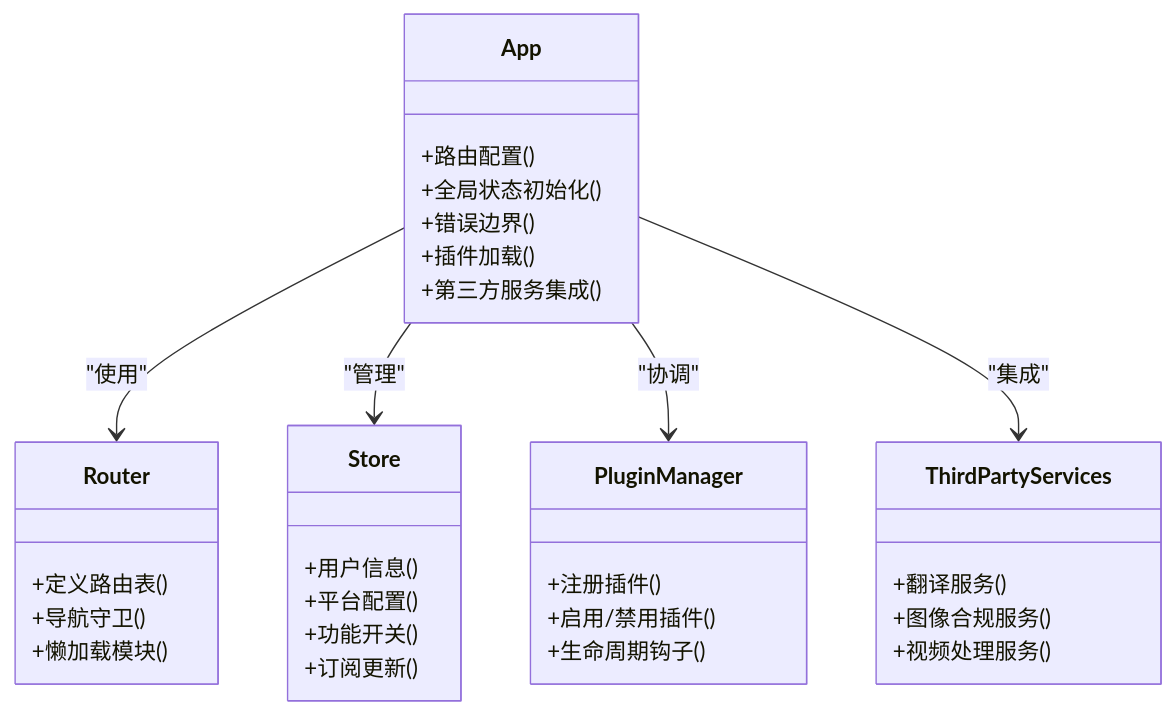
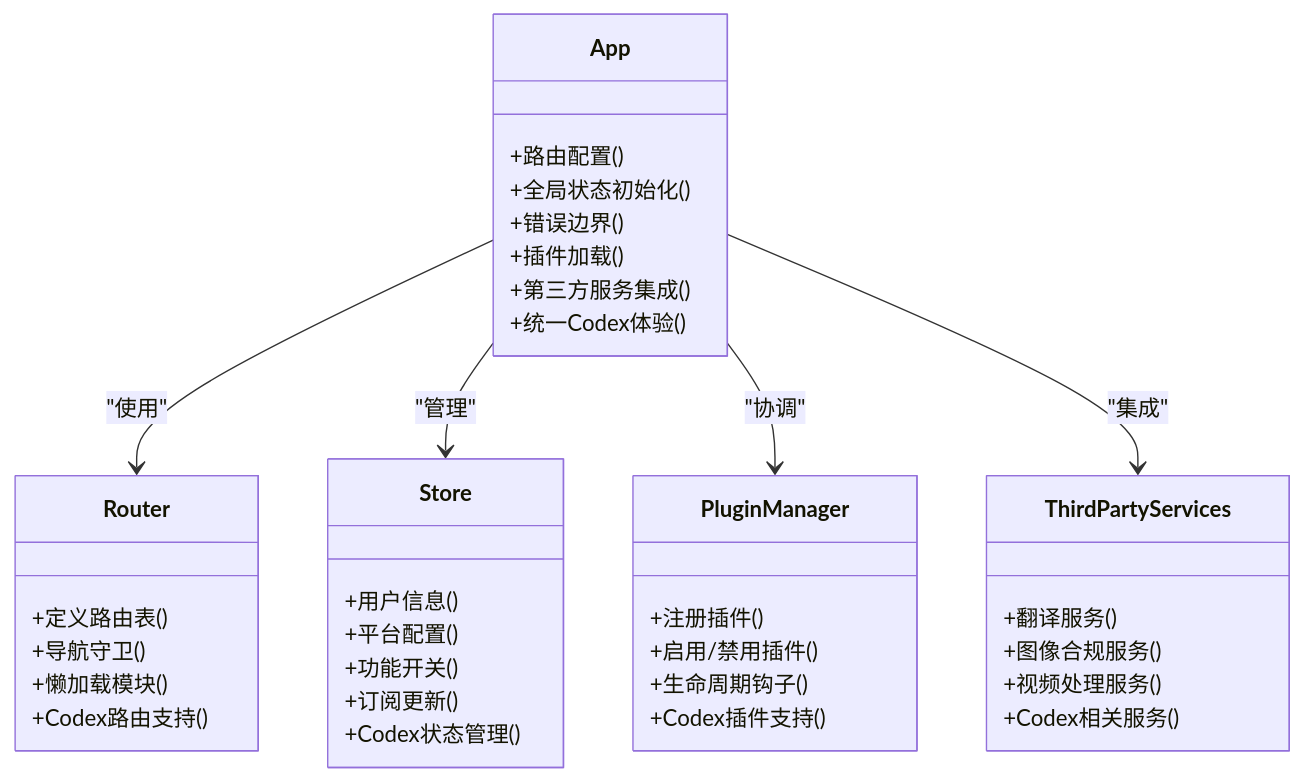
The fourth of 5 diagrams in .qoder/repowiki/zh/content/系统架构/渲染进程架构/应用入口与初始化.md (iljahofbauer219-lang/yandu), drawn with Mermaid before and after one commit. The commit also changed other lines of this file and 630 other files, not shown here.

````diff
--- a/.qoder/repowiki/zh/content/系统架构/渲染进程架构/应用入口与初始化.md
+++ b/.qoder/repowiki/zh/content/系统架构/渲染进程架构/应用入口与初始化.md
@@ -138,35 +150,40 @@
 ```mermaid
 classDiagram
 class App {
 +路由配置()
 +全局状态初始化()
 +错误边界()
 +插件加载()
 +第三方服务集成()
++统一Codex体验()
 }
 class Router {
 +定义路由表()
 +导航守卫()
 +懒加载模块()
++Codex路由支持()
 }
 class Store {
 +用户信息()
 +平台配置()
 +功能开关()
 +订阅更新()
++Codex状态管理()
 }
 class PluginManager {
 +注册插件()
 +启用/禁用插件()
 +生命周期钩子()
++Codex插件支持()
 }
 class ThirdPartyServices {
 +翻译服务()
 +图像合规服务()
 +视频处理服务()
++Codex相关服务()
 }
 App --> Router : "使用"
 App --> Store : "管理"
 App --> PluginManager : "协调"
 App --> ThirdPartyServices : "集成"
 ```
````
